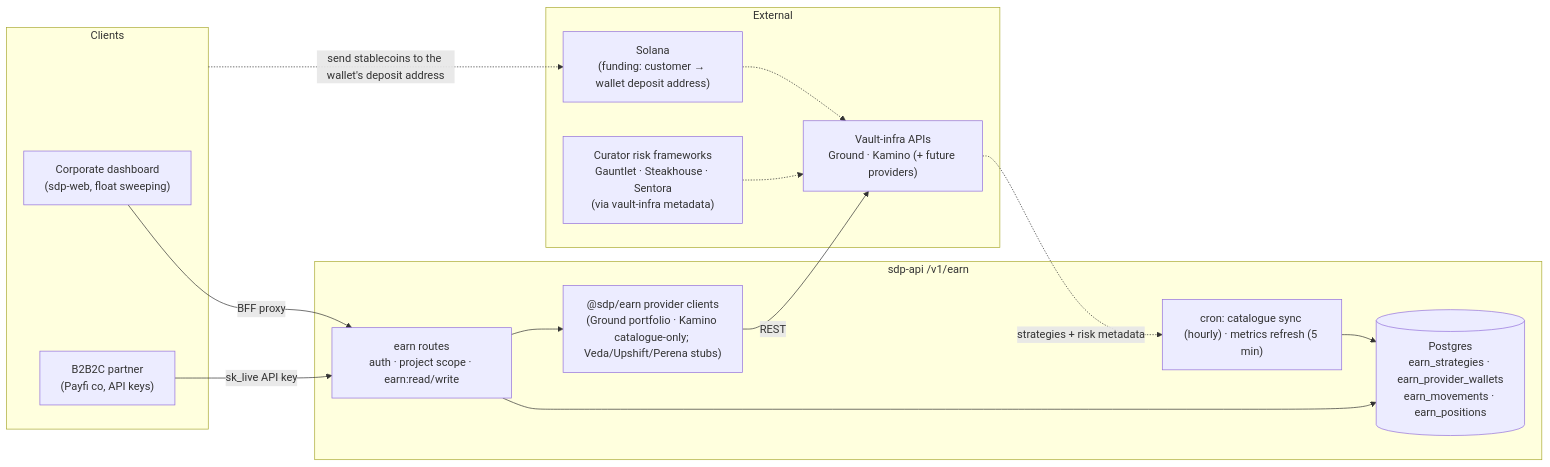
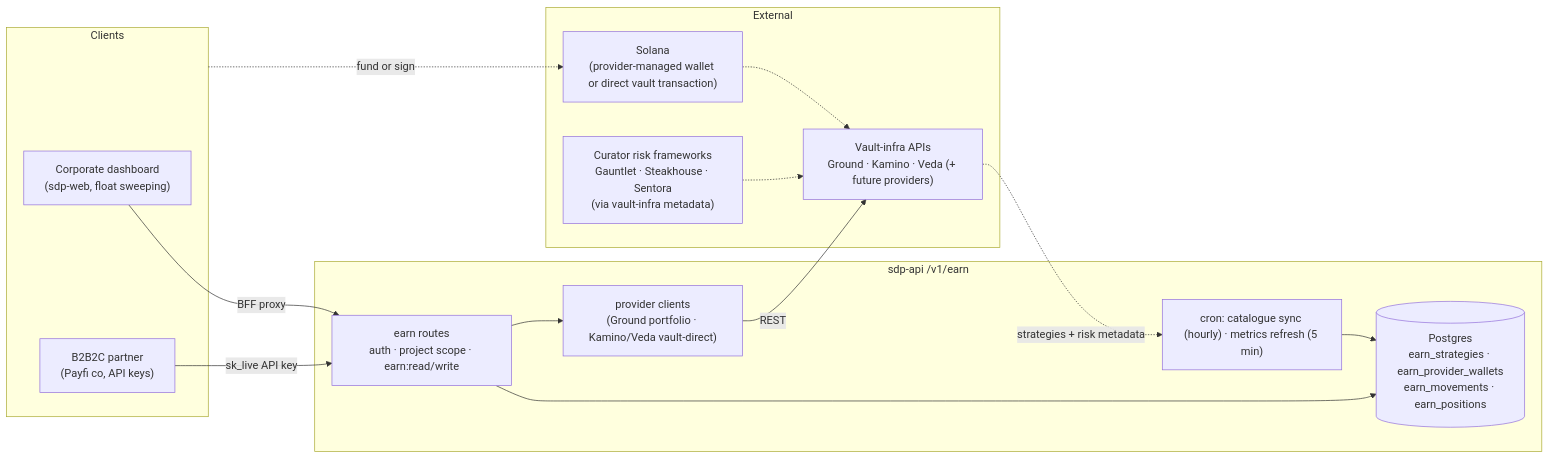
Before and after one commit to Moonsong-Labs/solana-developer-platform: the first of 2 diagrams in docs/architecture/earn-v1-data-flow.md, drawn with Mermaid. The commit also changed other lines of this file and 33 other files, not shown here.

First line of the commit message:
fix(earn): harden Embedded Yield devnet flows (#1638)

````diff
--- a/docs/architecture/earn-v1-data-flow.md
+++ b/docs/architecture/earn-v1-data-flow.md
@@ -15,31 +15,31 @@
 ```mermaid
 flowchart LR
     subgraph Clients
         DASH["Corporate dashboard<br/>(sdp-web, float sweeping)"]
         PARTNER["B2B2C partner<br/>(Payfi co, API keys)"]
     end
 
     subgraph SDP["sdp-api  /v1/earn"]
         ROUTES["earn routes<br/>auth · project scope · earn:read/write"]
-        SVC["@sdp/earn provider clients<br/>(Ground portfolio · Kamino catalogue-only; Veda/Upshift/Perena stubs)"]
+        SVC["provider clients<br/>(Ground portfolio · Kamino/Veda vault-direct)"]
         DB[("Postgres<br/>earn_strategies · earn_provider_wallets<br/>earn_movements · earn_positions")]
         CRON["cron: catalogue sync (hourly) · metrics refresh (5 min)"]
     end
 
     subgraph External
-        VAULT["Vault-infra APIs<br/>Ground · Kamino (+ future providers)"]
-        CHAIN["Solana<br/>(funding: customer → wallet deposit address)"]
+        VAULT["Vault-infra APIs<br/>Ground · Kamino · Veda (+ future providers)"]
+        CHAIN["Solana<br/>(provider-managed wallet or direct vault transaction)"]
         CURATOR["Curator risk frameworks<br/>Gauntlet · Steakhouse · Sentora<br/>(via vault-infra metadata)"]
     end
 
     DASH -->|BFF proxy| ROUTES
     PARTNER -->|sk_live API key| ROUTES
     ROUTES --> DB
     ROUTES --> SVC
     SVC -->|REST| VAULT
     VAULT -.->|strategies + risk metadata| CRON
     CURATOR -.-> VAULT
     CRON --> DB
-    Clients -.->|send stablecoins to the wallet's deposit address| CHAIN
+    Clients -.->|fund or sign| CHAIN
     CHAIN -.-> VAULT
 ```
````
